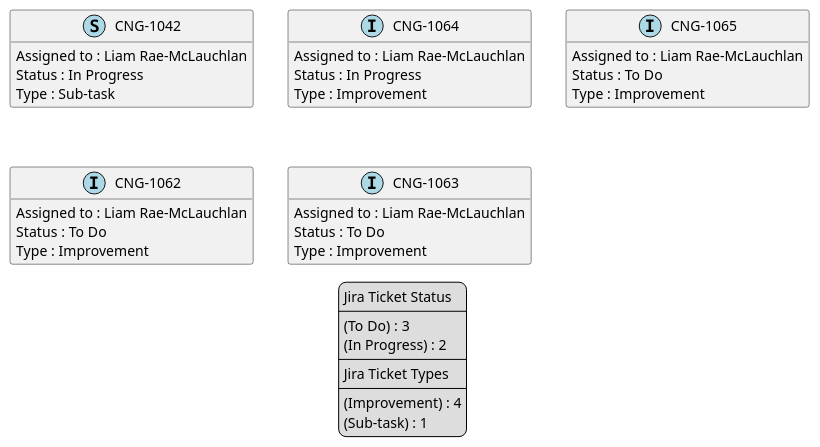
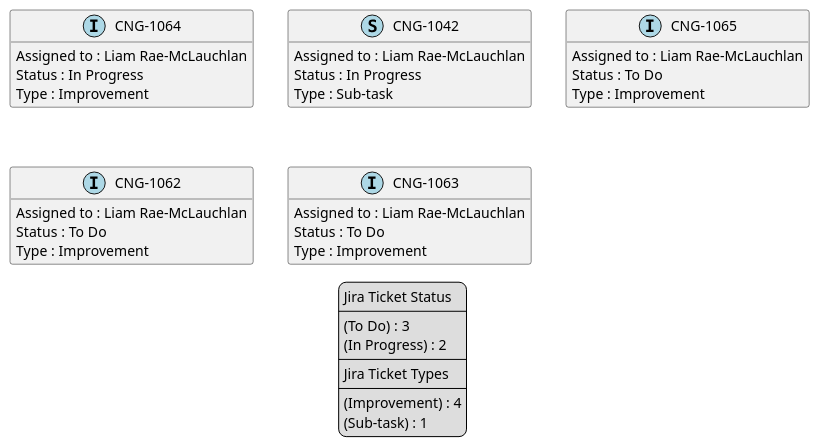
Before and after one commit to brunasti/jiraplotter: the diagram in temp/jira-Liam Rae-McLauchlan.puml, drawn with PlantUML. The commit also changed 57 other files, not shown here.

```diff
--- a/temp/jira-Liam Rae-McLauchlan.puml
+++ b/temp/jira-Liam Rae-McLauchlan.puml
@@ -1,58 +1,58 @@
 @startuml
 'https://plantuml.com/class-diagram
 
 ' GENERATE CLASS DIAGRAM ===========
-' Generated at    : Mon Apr 15 12:32:40 CEST 2024
+' Generated at    : Mon Apr 15 12:46:43 CEST 2024
 
 hide empty members
 
 legend
 Jira Ticket Status
 ----
 (To Do) : 3
 (In Progress) : 2
 ----
 Jira Ticket Types
 ----
 (Improvement) : 4
 (Sub-task) : 1
 end legend
 
 
 ' Tickets =======
+class "CNG-1064" << (I,lightblue) >> {
+  Assigned to : Liam Rae-McLauchlan
+  Status : In Progress
+  Type : Improvement
+}
+
 class "CNG-1042" << (S,lightblue) >> {
   Assigned to : Liam Rae-McLauchlan
   Status : In Progress
   Type : Sub-task
-}
-
-class "CNG-1064" << (I,lightblue) >> {
-  Assigned to : Liam Rae-McLauchlan
-  Status : In Progress
-  Type : Improvement
 }
 
 class "CNG-1065" << (I,lightblue) >> {
   Assigned to : Liam Rae-McLauchlan
   Status : To Do
   Type : Improvement
 }
 
 class "CNG-1062" << (I,lightblue) >> {
   Assigned to : Liam Rae-McLauchlan
   Status : To Do
   Type : Improvement
 }
 
 class "CNG-1063" << (I,lightblue) >> {
   Assigned to : Liam Rae-McLauchlan
   Status : To Do
   Type : Improvement
 }
 
 
 
 ' Links =======
 
 
 @enduml
```
